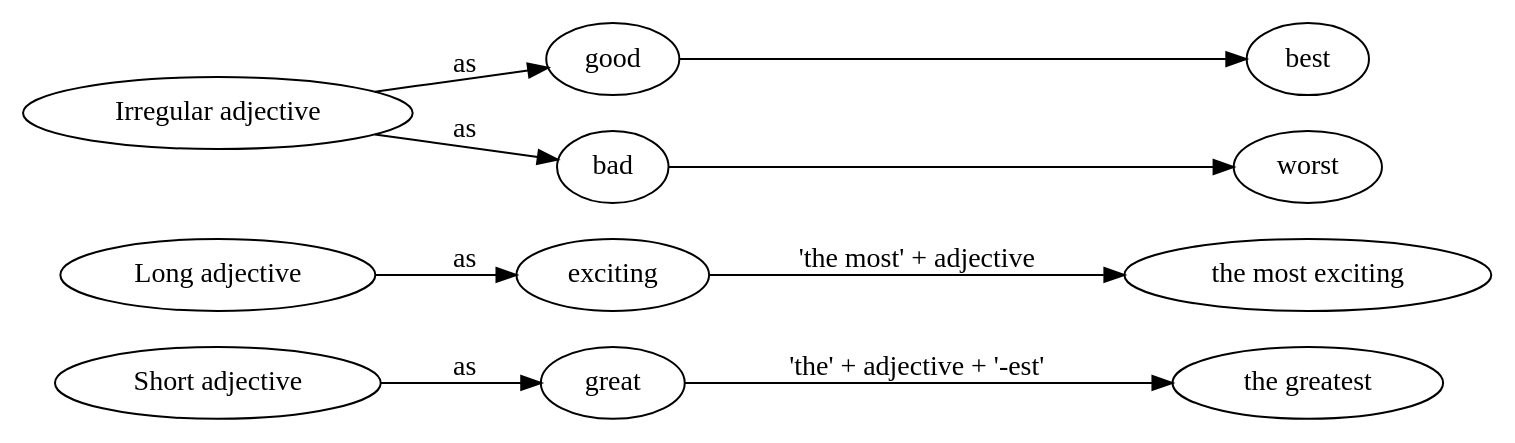
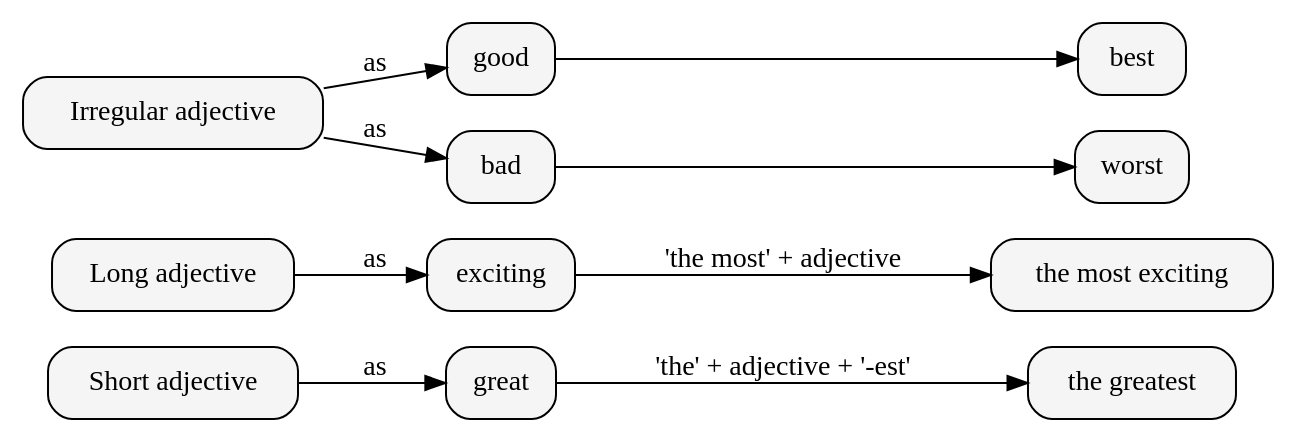
Before and after one commit to 1nv1/CulturalInglesa: the fourth of 5 diagrams in 2nd/index.org, drawn with Graphviz. The commit also changed other lines of this file and 8 other files, not shown here.

```diff
--- a/2nd/index.org
+++ b/2nd/index.org
@@ -184,10 +180,10 @@
 #+BEGIN_SRC dot :file rule_superlative.svg :cmdline -Kdot -Tsvg
-  digraph { rankdir = LR;
+  digraph { rankdir = LR; node [ style = "rounded, filled", fillcolor = "gray96", shape = box];
     "Short adjective" -> "great" [ label = "as" ];
     "great" -> "the greatest" [ label = "'the' + adjective + '-est'"];
     "Long adjective" -> "exciting" [ label = "as" ];
     "exciting" -> "the most exciting" [ label = "'the most' + adjective "];
     "Irregular adjective" -> { "good", "bad" } [ label = "as" ];
     "good" -> "best"; "bad" -> "worst";
   }
 #+END_SRC
```
